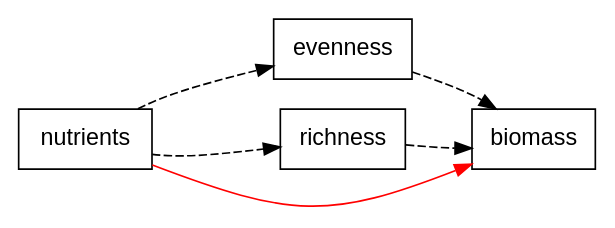
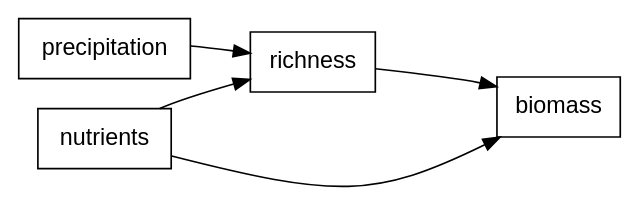
One commit to pennekampster/Swiss_SEM changed the seventh of 27 diagrams in 5_Slides/Intro_to_SEM_part1.qmd. Above: the diagram before and after it, drawn with Graphviz. The commit also changed other lines of this file and 3 other files, not shown here.

````diff
--- a/5_Slides/Intro_to_SEM_part1.qmd
+++ b/5_Slides/Intro_to_SEM_part1.qmd
@@ -638,28 +550,27 @@
 ```{dot}
 //| fig-width: 5
 //| fig-height: 2
 
 digraph  {
 
   # a 'graph' statement
   graph [overlap = false, fontsize = 10, layout = dot, splines = curved,
        rankdir = LR]
 
   # several 'node' statements
   node [shape = box,
         fontname = Helvetica]
         
-  nutrients; evenness, richness; biomass;
+  nutrients; richness; biomass; precipitation;
 
   # several 'edge' statements
-    nutrients->richness [style=dashed];
-    nutrients->evenness [style=dashed];
-    evenness->biomass [style=dashed];
-    richness->biomass [style=dashed];
-    nutrients->biomass [color=red, minlen=3];
+    nutrients->richness ;
+    precipitation->richness ;
+    richness->biomass ;
+    nutrients->biomass [minlen=3];
     
-    {rank=min; nutrients;}
+    {rank=min; nutrients; precipitation;}
     {rank=max; biomass;}
-    {rank=same; richness evenness;}
+    {rank=same; richness;}
 }
 ```
````
